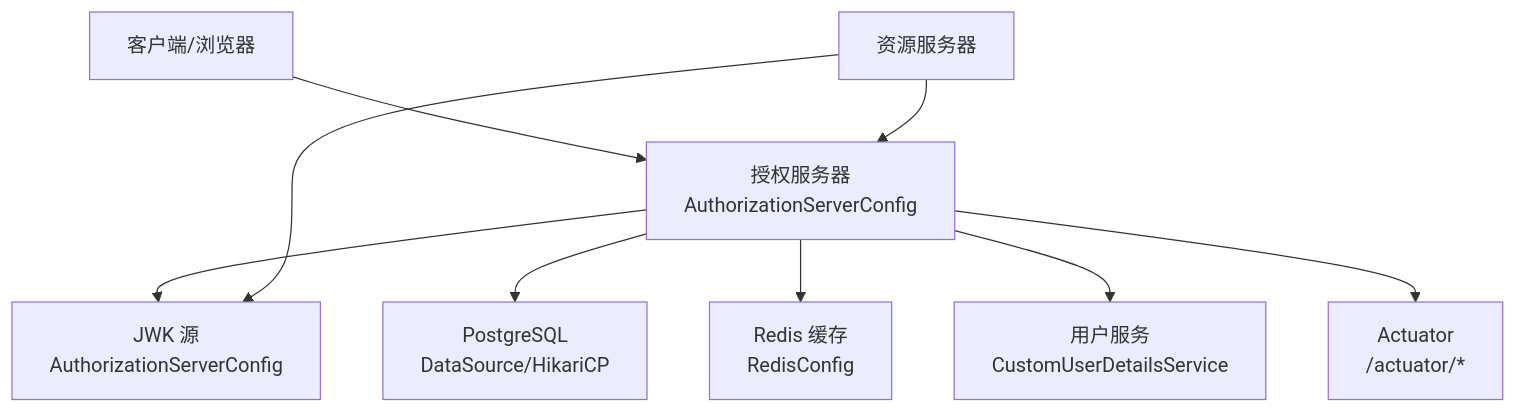
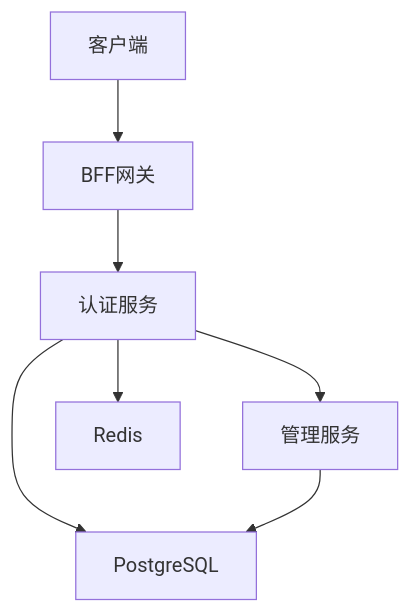
The second of 7 diagrams in .qoder/repowiki/zh/content/故障排除/故障排除.md (fq0121104930716/iam-platform), drawn with Mermaid before and after one commit. The commit also changed other lines of this file and 222 other files, not shown here.

````diff
--- a/.qoder/repowiki/zh/content/故障排除/故障排除.md
+++ b/.qoder/repowiki/zh/content/故障排除/故障排除.md
@@ -104,11 +89,15 @@
 ```mermaid
 graph TB
-Client["客户端/浏览器"] --> AS["授权服务器<br/>AuthorizationServerConfig"]
-AS --> JWK["JWK 源<br/>AuthorizationServerConfig"]
-AS --> DB["PostgreSQL<br/>DataSource/HikariCP"]
-AS --> RC["Redis 缓存<br/>RedisConfig"]
-AS --> USvc["用户服务<br/>CustomUserDetailsService"]
-AS --> Act["Actuator<br/>/actuator/*"]
-RS["资源服务器"] --> AS
-RS --> JWK
+CLIENT["客户端"]
+BFF["BFF网关"]
+AUTH["认证服务"]
+ADMIN["管理服务"]
+REDIS["Redis"]
+DB["PostgreSQL"]
+CLIENT --> BFF
+BFF --> AUTH
+AUTH --> REDIS
+AUTH --> DB
+ADMIN --> DB
+AUTH --> ADMIN
 ```
````
